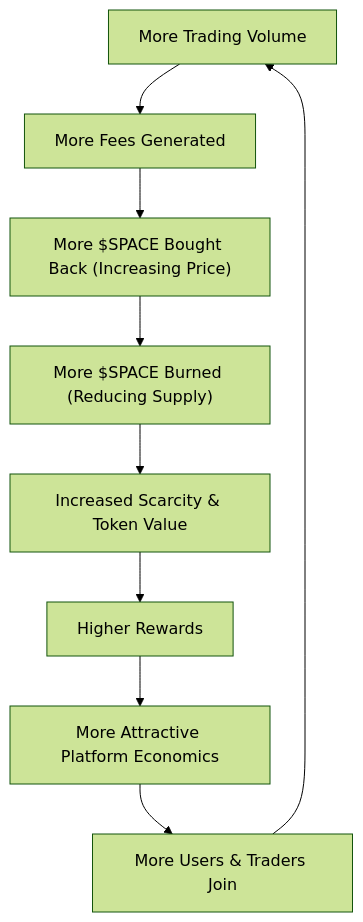
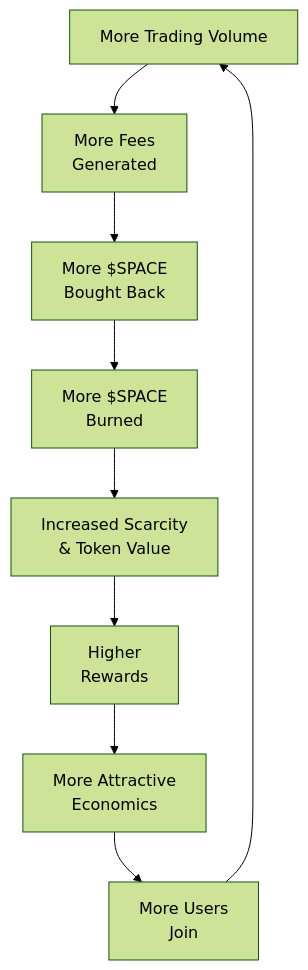
One commit to intodotspace/docs changed the diagram in doc/space/flywheel-mechanism/the-flywheel-effect.mdx. Above: the diagram before and after it, drawn with Mermaid (forest theme). The commit also changed other lines of this file, not shown here.

Commit message:
Documentation edits made through Mintlify web editor

````diff
--- a/doc/space/flywheel-mechanism/the-flywheel-effect.mdx
+++ b/doc/space/flywheel-mechanism/the-flywheel-effect.mdx
@@ -8,11 +8,11 @@
 ```mermaid
 graph TD
-    A["More Trading Volume"] --> B["More Fees Generated"]
-    B --> C["More $SPACE Bought Back (Increasing Price)"]
-    C --> D["More $SPACE Burned (Reducing Supply)"]
-    D --> E["Increased Scarcity & Token Value"]
-    E --> F["Higher Rewards"]
-    F --> G["More Attractive Platform Economics"]
-    G --> H["More Users & Traders Join"]
+    A["More Trading<br/>Volume"] --> B["More Fees<br/>Generated"]
+    B --> C["More $SPACE<br/>Bought Back"]
+    C --> D["More $SPACE<br/>Burned"]
+    D --> E["Increased Scarcity<br/>& Token Value"]
+    E --> F["Higher<br/>Rewards"]
+    F --> G["More Attractive<br/>Economics"]
+    G --> H["More Users<br/>Join"]
     H --> A["More Trading Volume"]
 ```
````
